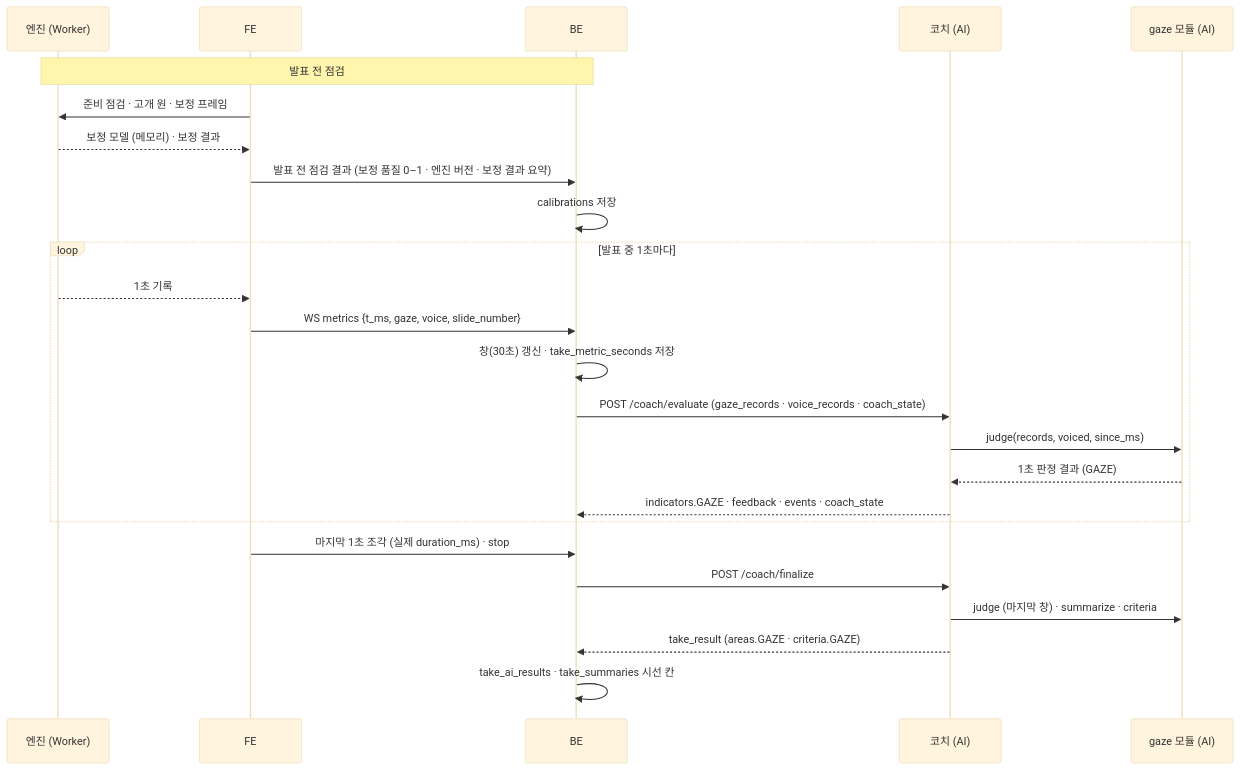
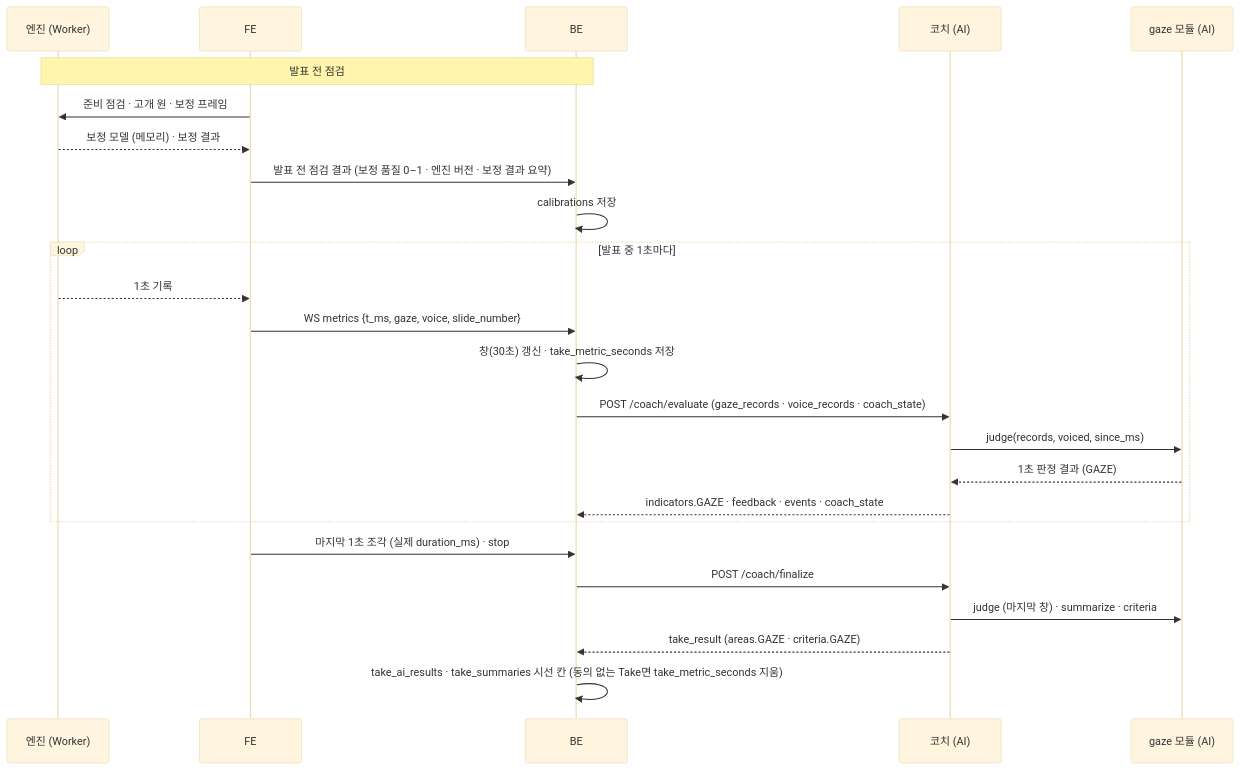
The second of 2 diagrams in docs/ai/features/gaze-tracking.md (kakaotechcampus-4/ktc4-pusan-2), drawn with Mermaid (base theme) before and after one commit. The commit also changed other lines of this file and 1 other file, not shown here.

````diff
--- a/docs/ai/features/gaze-tracking.md
+++ b/docs/ai/features/gaze-tracking.md
@@ -531,27 +531,27 @@
 ```mermaid
 sequenceDiagram
     participant E as 엔진 (Worker)
     participant FE
     participant BE
     participant C as 코치 (AI)
     participant G as gaze 모듈 (AI)
     Note over E,BE: 발표 전 점검
     FE->>E: 준비 점검 · 고개 원 · 보정 프레임
     E-->>FE: 보정 모델 (메모리) · 보정 결과
     FE->>BE: 발표 전 점검 결과 (보정 품질 0–1 · 엔진 버전 · 보정 결과 요약)
     BE->>BE: calibrations 저장
     loop 발표 중 1초마다
         E-->>FE: 1초 기록
         FE->>BE: WS metrics {t_ms, gaze, voice, slide_number}
         BE->>BE: 창(30초) 갱신 · take_metric_seconds 저장
         BE->>C: POST /coach/evaluate (gaze_records · voice_records · coach_state)
         C->>G: judge(records, voiced, since_ms)
         G-->>C: 1초 판정 결과 (GAZE)
         C-->>BE: indicators.GAZE · feedback · events · coach_state
     end
     FE->>BE: 마지막 1초 조각 (실제 duration_ms) · stop
     BE->>C: POST /coach/finalize
     C->>G: judge (마지막 창) · summarize · criteria
     C-->>BE: take_result (areas.GAZE · criteria.GAZE)
-    BE->>BE: take_ai_results · take_summaries 시선 칸
+    BE->>BE: take_ai_results · take_summaries 시선 칸 (동의 없는 Take면 take_metric_seconds 지움)
 ```
````
